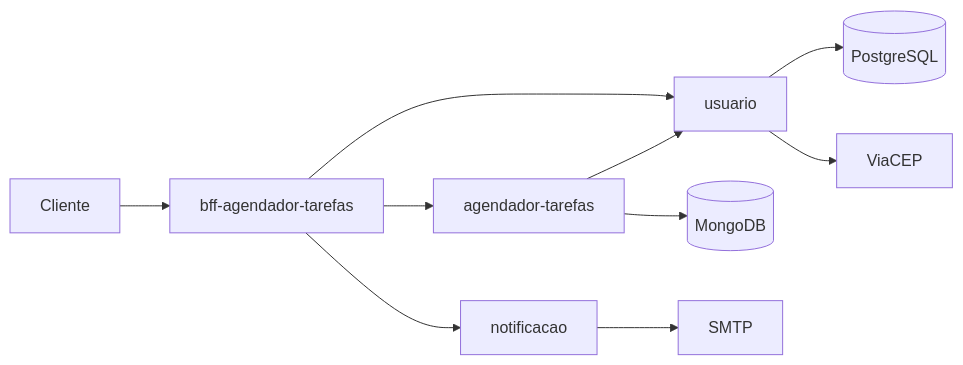
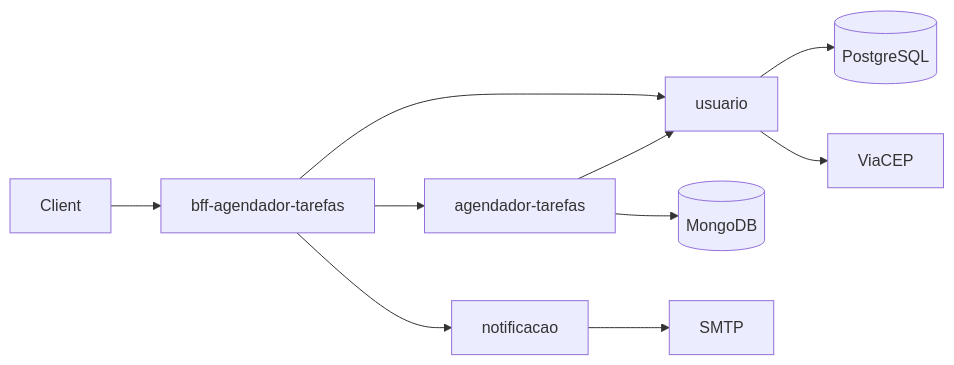
One commit to GabrielBarrilli/GabrielBarrilli changed the diagram in README.md. Above: the diagram before and after it, drawn with Mermaid. The commit also changed other lines of this file, not shown here.

````diff
--- a/README.md
+++ b/README.md
@@ -27,12 +27,12 @@
 ```mermaid
 flowchart LR
-    C[Cliente] --> BFF[bff-agendador-tarefas]
+    C[Client] --> BFF[bff-agendador-tarefas]
     BFF --> U[usuario]
     BFF --> T[agendador-tarefas]
     BFF --> N[notificacao]
     T --> U
     U --> PG[(PostgreSQL)]
     T --> MG[(MongoDB)]
     U --> VC[ViaCEP]
     N --> SMTP[SMTP]
 ```
````
